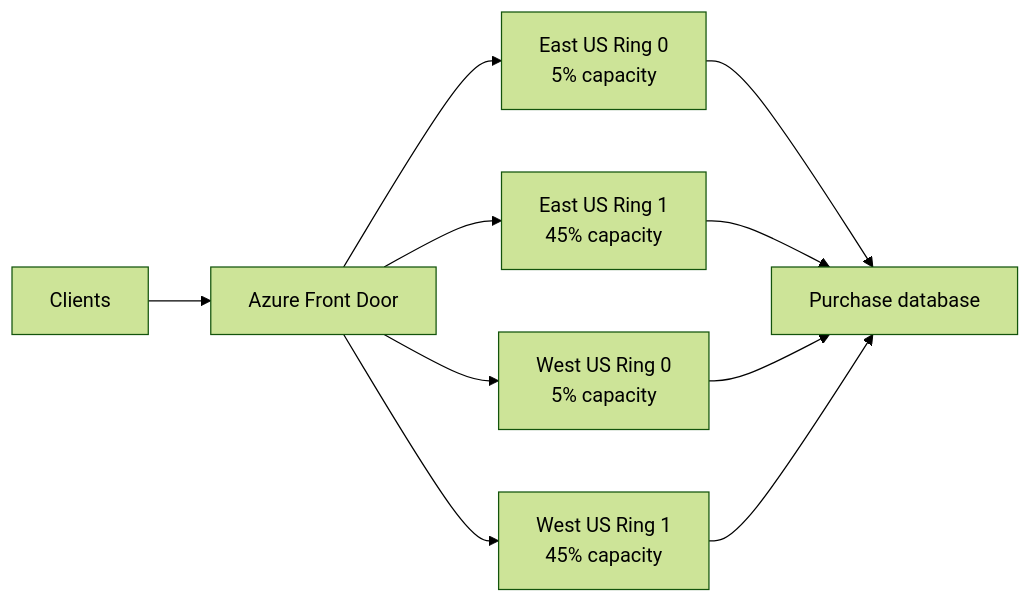
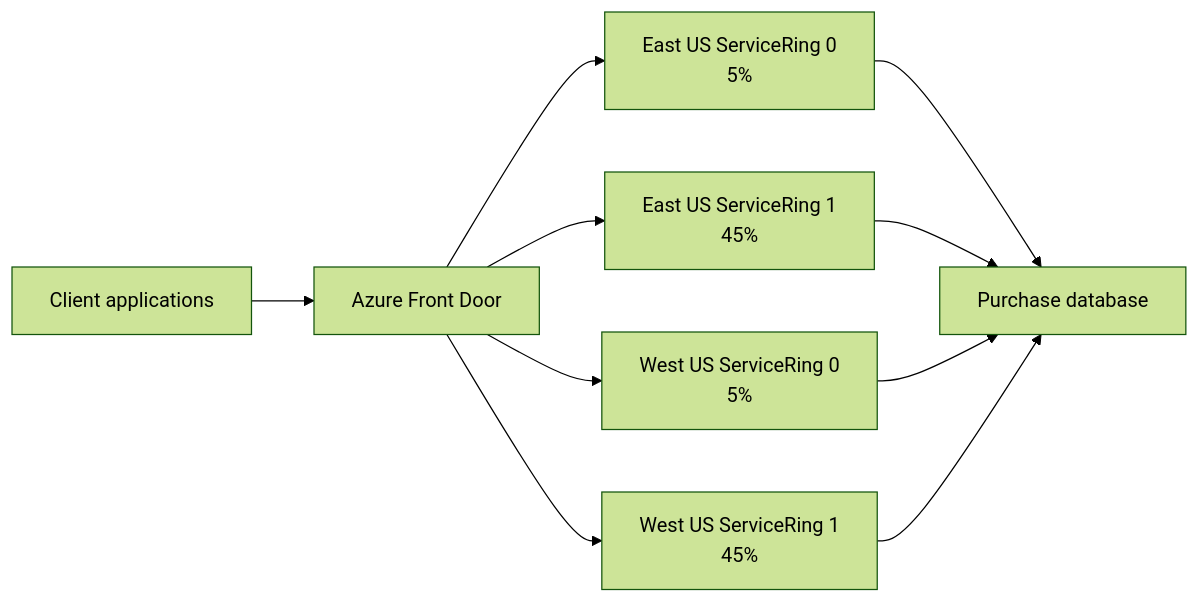
Before and after one commit to nimeshddesai/cloudmain: the third of 6 diagrams in demo-dotnet/docs/investor-demo-one-pager.md, drawn with Mermaid (forest theme). The commit also changed other lines of this file and 15 other files, not shown here.

````diff
--- a/demo-dotnet/docs/investor-demo-one-pager.md
+++ b/demo-dotnet/docs/investor-demo-one-pager.md
@@ -73,12 +101,12 @@
 ```mermaid
 flowchart LR
-    C["Clients"] --> AFD["Azure Front Door"]
-    AFD --> E0["East US Ring 0\n5% capacity"]
-    AFD --> E1["East US Ring 1\n45% capacity"]
-    AFD --> W0["West US Ring 0\n5% capacity"]
-    AFD --> W1["West US Ring 1\n45% capacity"]
+    Client["Client applications"] --> AFD["Azure Front Door"]
+    AFD --> E0["East US ServiceRing 0\n5%"]
+    AFD --> E1["East US ServiceRing 1\n45%"]
+    AFD --> W0["West US ServiceRing 0\n5%"]
+    AFD --> W1["West US ServiceRing 1\n45%"]
     E0 --> DB["Purchase database"]
     E1 --> DB
     W0 --> DB
     W1 --> DB
 ```
````
